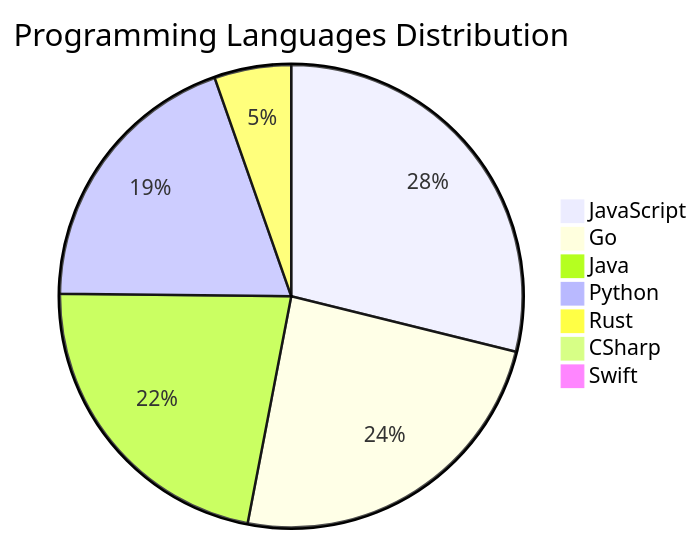
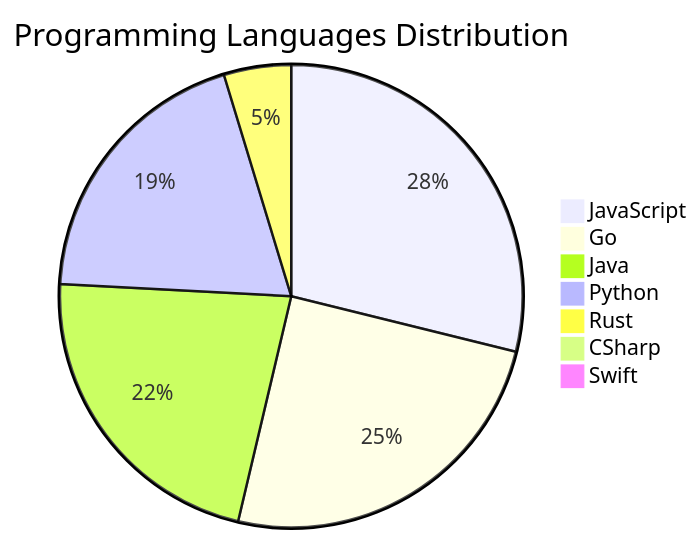
One commit to Derrick-MUGISHA/github-activity-bot changed the diagram in README.md. Above: the diagram before and after it, drawn with Mermaid. The commit also changed other lines of this file and 4 other files, not shown here.

````diff
--- a/README.md
+++ b/README.md
@@ -207,10 +207,10 @@
 ```mermaid
 pie title Programming Languages Distribution
     "JavaScript" : 43
-    "Go" : 36
+    "Go" : 37
     "Java" : 33
     "Python" : 29
-    "Rust" : 8
+    "Rust" : 7
     "CSharp" : 1
     "Swift" : 1
 ```
````
